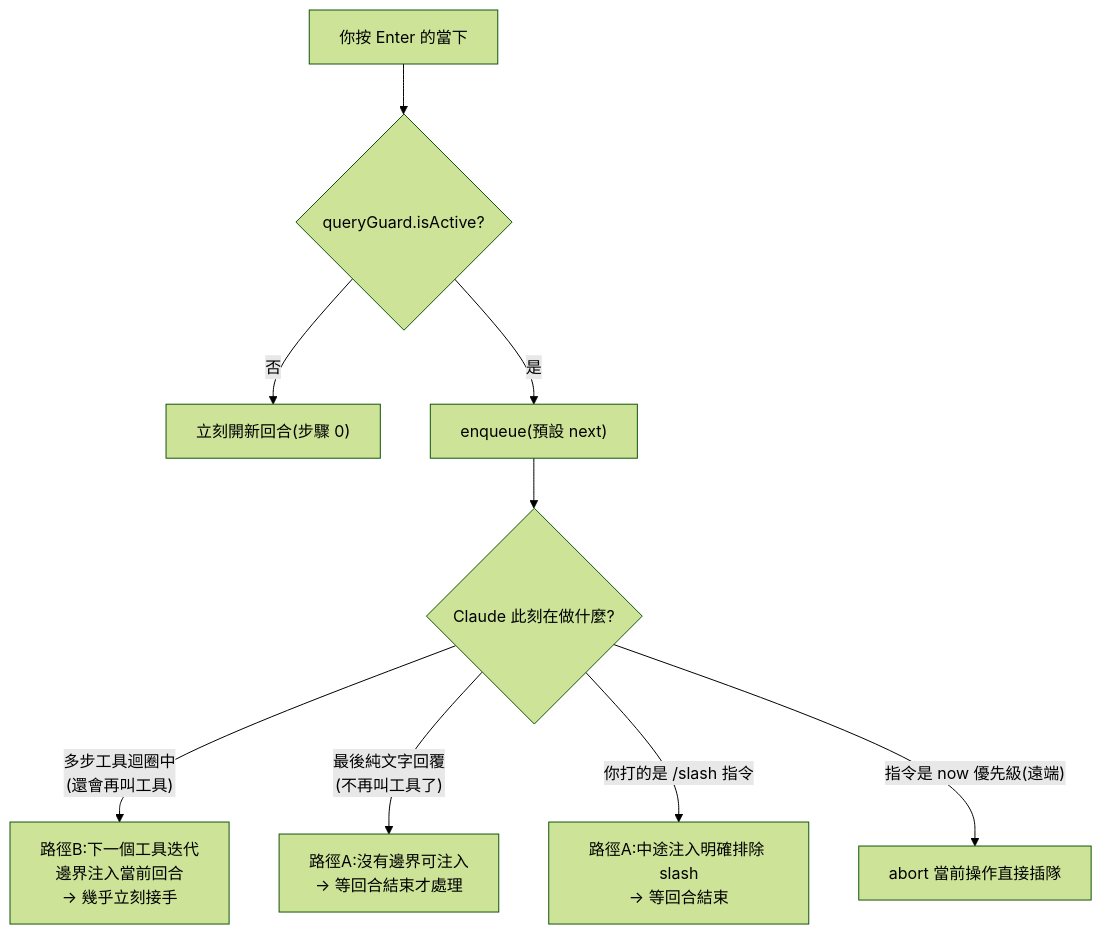
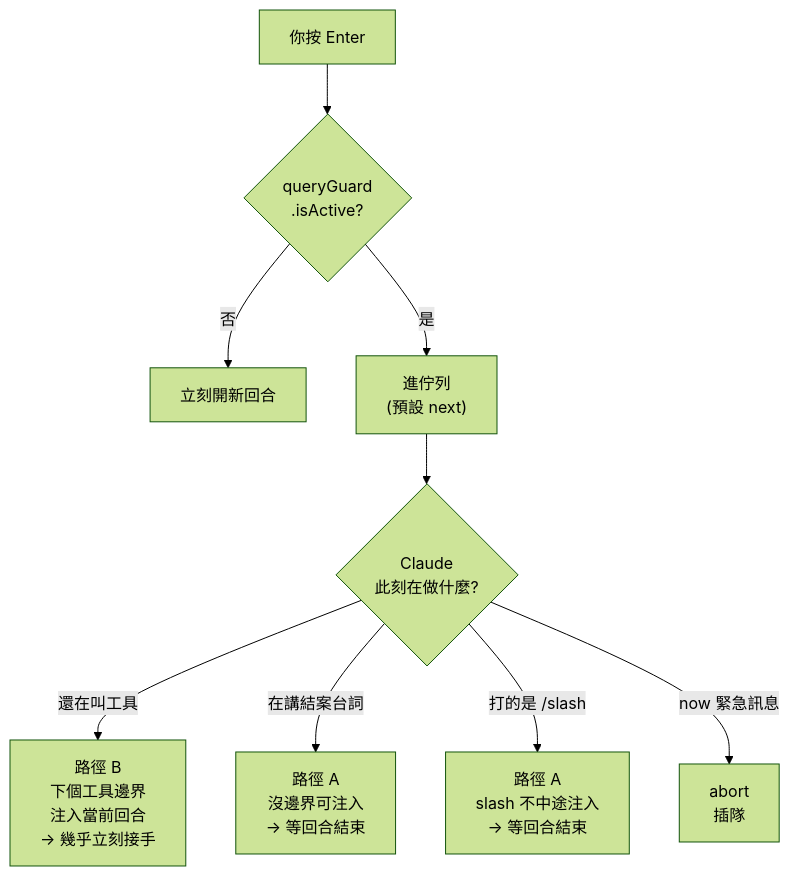
Before and after one commit to shooter2062424/Knowledge: the third of 3 diagrams in technology/claude-code/claude-code-architecture-deep-dive.md, drawn with Mermaid (forest theme). The commit also changed other lines of this file, not shown here.

First line of the commit message:
[docs] Claude Code 拆解筆記:三張 Mermaid 圖縮短 label 避免自動換行

````diff
--- a/technology/claude-code/claude-code-architecture-deep-dive.md
+++ b/technology/claude-code/claude-code-architecture-deep-dive.md
@@ -196,11 +196,11 @@
 ```mermaid
 flowchart TD
-    S["你按 Enter 的當下"] --> Q{"queryGuard.isActive?"}
-    Q -->|否| IMM["立刻開新回合(步驟 0)"]
-    Q -->|是| EN["enqueue(預設 next)"]
-    EN --> W{"Claude 此刻在做什麼?"}
-    W -->|"多步工具迴圈中<br/>(還會再叫工具)"| B["路徑B:下一個工具迭代<br/>邊界注入當前回合<br/>→ 幾乎立刻接手"]
-    W -->|"最後純文字回覆<br/>(不再叫工具了)"| A["路徑A:沒有邊界可注入<br/>→ 等回合結束才處理"]
-    W -->|"你打的是 /slash 指令"| A2["路徑A:中途注入明確排除 slash<br/>→ 等回合結束"]
-    W -->|"指令是 now 優先級(遠端)"| AB["abort 當前操作直接插隊"]
+    S["你按 Enter"] --> Q{"queryGuard<br/>.isActive?"}
+    Q -->|否| IMM["立刻開新回合"]
+    Q -->|是| EN["進佇列<br/>(預設 next)"]
+    EN --> W{"Claude<br/>此刻在做什麼?"}
+    W -->|"還在叫工具"| B["路徑 B<br/>下個工具邊界<br/>注入當前回合<br/>→ 幾乎立刻接手"]
+    W -->|"在講結案台詞"| A["路徑 A<br/>沒邊界可注入<br/>→ 等回合結束"]
+    W -->|"打的是 /slash"| A2["路徑 A<br/>slash 不中途注入<br/>→ 等回合結束"]
+    W -->|"now 緊急訊息"| AB["abort<br/>插隊"]
 ```
````
